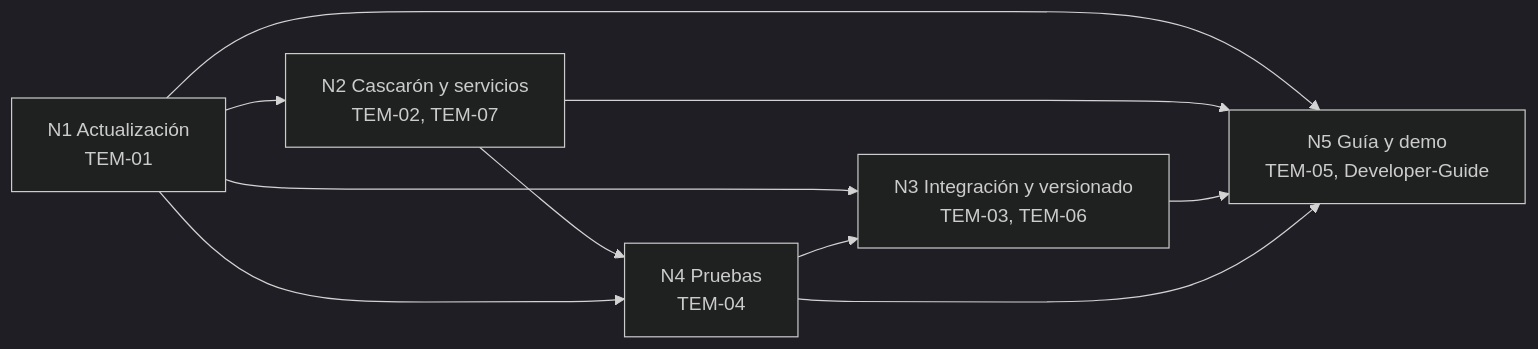
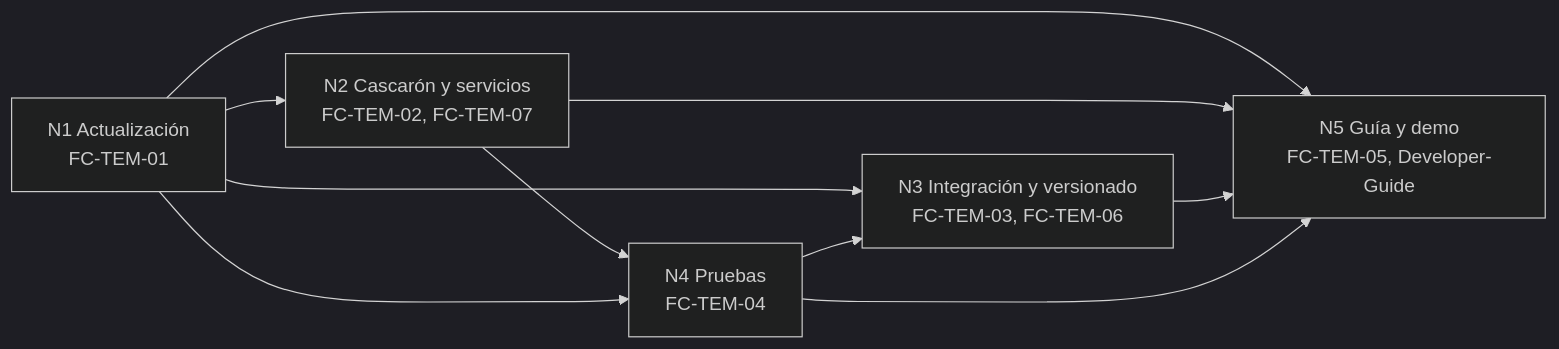
One commit to hdcm-dev/Lab-Documentos changed the first of 2 diagrams in Concepts/Framework-Concept/08-Cohesion-Global.md. Above: the diagram before and after it, drawn with Mermaid (dark theme). The commit also changed other lines of this file and 13 other files, not shown here.

````diff
--- a/Concepts/Framework-Concept/08-Cohesion-Global.md
+++ b/Concepts/Framework-Concept/08-Cohesion-Global.md
@@ -54,9 +54,9 @@
 ```mermaid
 flowchart LR
-    N1[N1 Actualización<br/>TEM-01] --> N2[N2 Cascarón y servicios<br/>TEM-02, TEM-07]
-    N1 --> N3[N3 Integración y versionado<br/>TEM-03, TEM-06]
-    N2 --> N4[N4 Pruebas<br/>TEM-04]
+    N1[N1 Actualización<br/>FC-TEM-01] --> N2[N2 Cascarón y servicios<br/>FC-TEM-02, FC-TEM-07]
+    N1 --> N3[N3 Integración y versionado<br/>FC-TEM-03, FC-TEM-06]
+    N2 --> N4[N4 Pruebas<br/>FC-TEM-04]
     N1 --> N4
     N4 --> N3
-    N1 & N2 & N3 & N4 --> N5[N5 Guía y demo<br/>TEM-05, Developer-Guide]
+    N1 & N2 & N3 & N4 --> N5[N5 Guía y demo<br/>FC-TEM-05, Developer-Guide]
 ```
````
